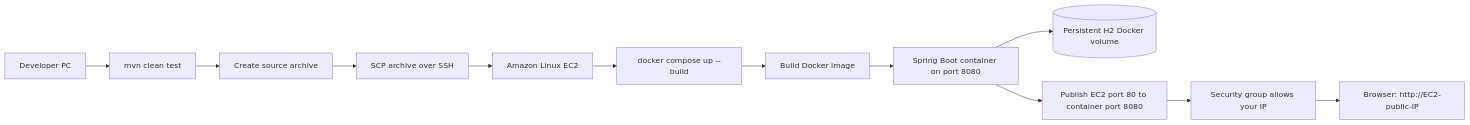
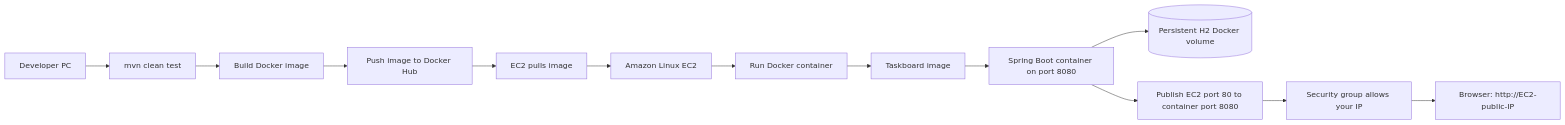
Before and after one commit to Roobini-code/java-project: the first of 3 diagrams in EC2-DEPLOYMENT-GUIDE.md, drawn with Mermaid. The commit also changed other lines of this file, not shown here.

Commit message:
added doc image

````diff
--- a/EC2-DEPLOYMENT-GUIDE.md
+++ b/EC2-DEPLOYMENT-GUIDE.md
@@ -11,14 +11,15 @@
 ```mermaid
 flowchart LR
     Developer[Developer PC] --> Test[mvn clean test]
-    Test --> Archive[Create source archive]
-    Archive --> Copy[SCP archive over SSH]
-    Copy --> EC2[Amazon Linux EC2]
-    EC2 --> Compose[docker compose up --build]
-    Compose --> Image[Build Docker image]
+    Test --> Build[Build Docker image]
+    Build --> Push[Push image to Docker Hub]
+    Push --> Pull[EC2 pulls image]
+    Pull --> EC2[Amazon Linux EC2]
+    EC2 --> Run[Run Docker container]
+    Run --> Image[Taskboard image]
     Image --> App[Spring Boot container on port 8080]
     App --> Volume[(Persistent H2 Docker volume)]
     App --> Map[Publish EC2 port 80 to container port 8080]
     Map --> Firewall[Security group allows your IP]
     Firewall --> Endpoint[Browser: http://EC2-public-IP]
 ```
````
